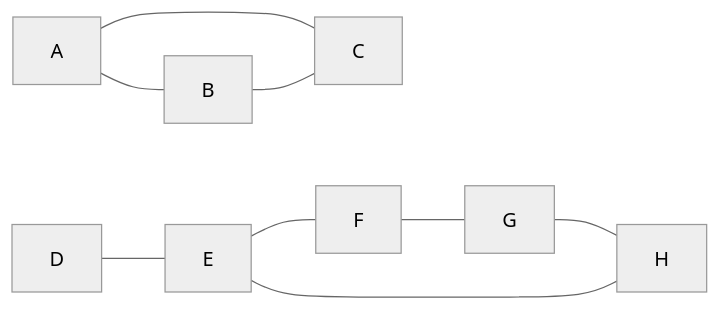
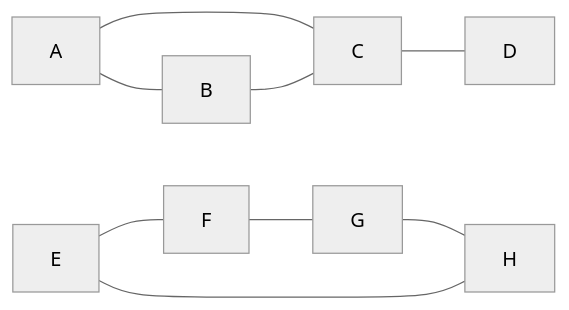
The third of 5 diagrams in partition/girvan-newman.md (hmdsefi/gograph), drawn with Mermaid (neutral theme) before and after one commit. The commit also changed other lines of this file, not shown here.

````diff
--- a/partition/girvan-newman.md
+++ b/partition/girvan-newman.md
@@ -147,11 +150,11 @@
 ```mermaid
 flowchart LR
     A --- B
     A --- C
     B --- C
-    D --- E
+    C --- D
     E --- F
     F --- G
     G --- H
     E --- H
 ```
````
